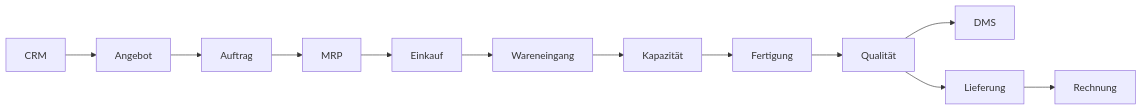
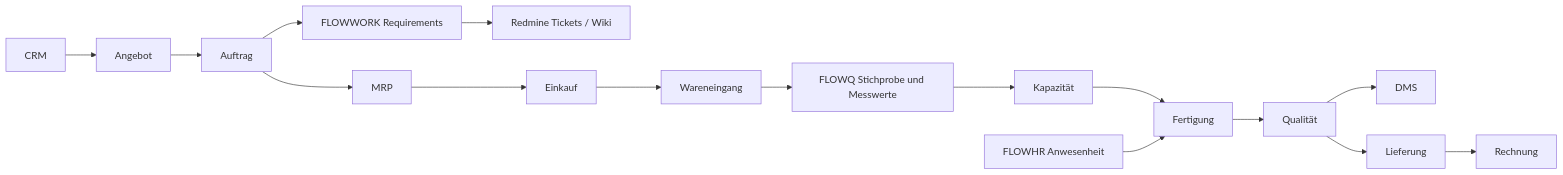
One commit to BasKjell/ERP_Eigenbau changed the first of 2 diagrams in docs/index.md. Above: the diagram before and after it, drawn with Mermaid. The commit also changed other lines of this file and 247 other files, not shown here.

````diff
--- a/docs/index.md
+++ b/docs/index.md
@@ -47,14 +60,18 @@
 ```mermaid
 flowchart LR
   CRM[CRM] --> Q[Angebot]
   Q --> SO[Auftrag]
   SO --> MRP[MRP]
+  SO --> REQ[FLOWWORK Requirements]
+  REQ --> TASK[Redmine Tickets / Wiki]
   MRP --> PO[Einkauf]
   PO --> GR[Wareneingang]
-  GR --> CAP[Kapazität]
+  GR --> FLOWQ[FLOWQ Stichprobe und Messwerte]
+  FLOWQ --> CAP[Kapazität]
   CAP --> MES[Fertigung]
+  HR[FLOWHR Anwesenheit] --> MES
   MES --> QC[Qualität]
   QC --> DMS[DMS]
   QC --> DN[Lieferung]
   DN --> INV[Rechnung]
 ```
````
